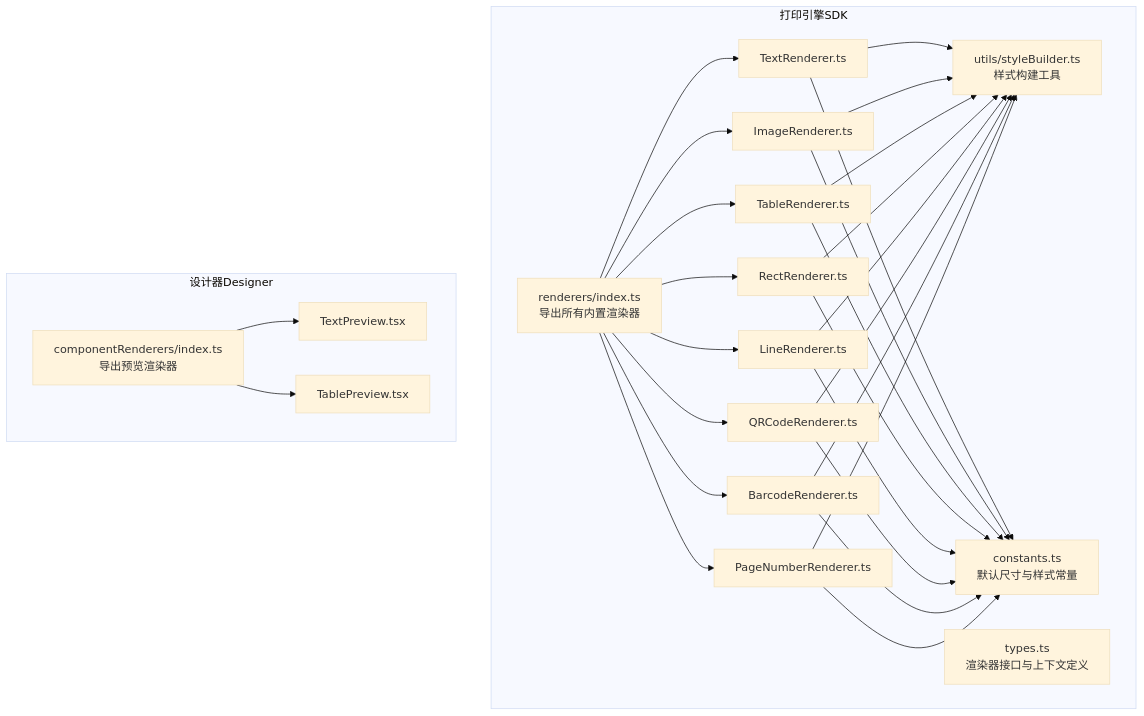
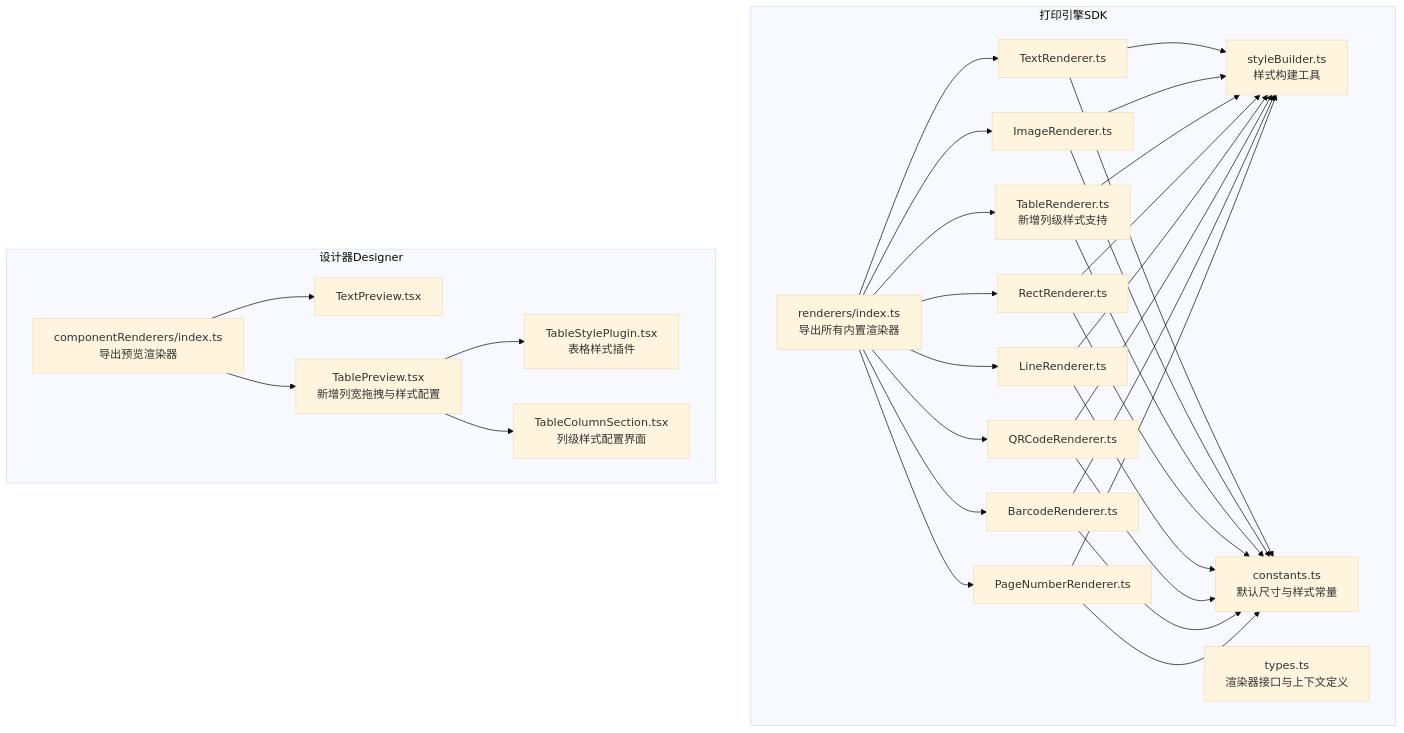
One commit to joker-yjc/printer changed the first of 4 diagrams in .qoder/repowiki/zh/content/API 参考文档/组件渲染器接口/组件渲染器接口.md. Above: the diagram before and after it, drawn with Mermaid (base theme). The commit also changed other lines of this file and 128 other files, not shown here.

````diff
--- a/.qoder/repowiki/zh/content/API 参考文档/组件渲染器接口/组件渲染器接口.md
+++ b/.qoder/repowiki/zh/content/API 参考文档/组件渲染器接口/组件渲染器接口.md
@@ -42,48 +46,52 @@
 ```mermaid
 graph TB
 subgraph "打印引擎SDK"
 RIdx["renderers/index.ts<br/>导出所有内置渲染器"]
 Types["types.ts<br/>渲染器接口与上下文定义"]
 Const["constants.ts<br/>默认尺寸与样式常量"]
-Utils["utils/styleBuilder.ts<br/>样式构建工具"]
+Utils["styleBuilder.ts<br/>样式构建工具"]
 TR["TextRenderer.ts"]
 IR["ImageRenderer.ts"]
-TBLR["TableRenderer.ts"]
+TBLR["TableRenderer.ts<br/>新增列级样式支持"]
 RR["RectRenderer.ts"]
 LR["LineRenderer.ts"]
 QRR["QRCodeRenderer.ts"]
 BCR["BarcodeRenderer.ts"]
 PNR["PageNumberRenderer.ts"]
 end
 subgraph "设计器Designer"
 DRIdx["componentRenderers/index.ts<br/>导出预览渲染器"]
 TP["TextPreview.tsx"]
-TTP["TablePreview.tsx"]
+TTP["TablePreview.tsx<br/>新增列宽拖拽与样式配置"]
+TSP["TableStylePlugin.tsx<br/>表格样式插件"]
+TCS["TableColumnSection.tsx<br/>列级样式配置界面"]
 end
 RIdx --> TR
 RIdx --> IR
 RIdx --> TBLR
 RIdx --> RR
 RIdx --> LR
 RIdx --> QRR
 RIdx --> BCR
 RIdx --> PNR
 TR --> Utils
 IR --> Utils
 TBLR --> Utils
 RR --> Utils
 LR --> Utils
 QRR --> Utils
 BCR --> Utils
 PNR --> Utils
 TR --> Const
 IR --> Const
 TBLR --> Const
 RR --> Const
 LR --> Const
 QRR --> Const
 BCR --> Const
 PNR --> Const
 DRIdx --> TP
 DRIdx --> TTP
+TTP --> TSP
+TTP --> TCS
 ```
````
